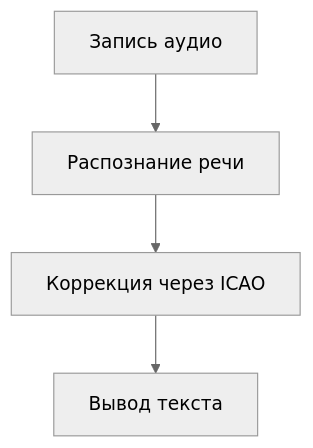
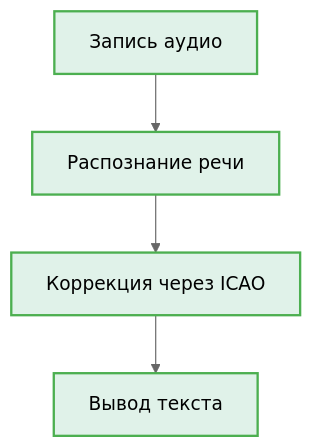
One commit to filimonq/AviaSTT changed the diagram in Desc/README.md. Above: the diagram before and after it, drawn with Mermaid (neutral theme).

````diff
--- a/Desc/README.md
+++ b/Desc/README.md
@@ -16,6 +16,11 @@
 ```mermaid
 graph TD
   A[Запись аудио] --> C[Распознание речи]
   C --> D[Коррекция через ICAO]
   D --> E[Вывод текста]
+
+  style A fill:#E0F2E9,stroke:#4CAF50,stroke-width:2px,color:#000000
+  style C fill:#E0F2E9,stroke:#4CAF50,stroke-width:2px,color:#000000
+  style D fill:#E0F2E9,stroke:#4CAF50,stroke-width:2px,color:#000000
+  style E fill:#E0F2E9,stroke:#4CAF50,stroke-width:2px,color:#000000
 ```
````
